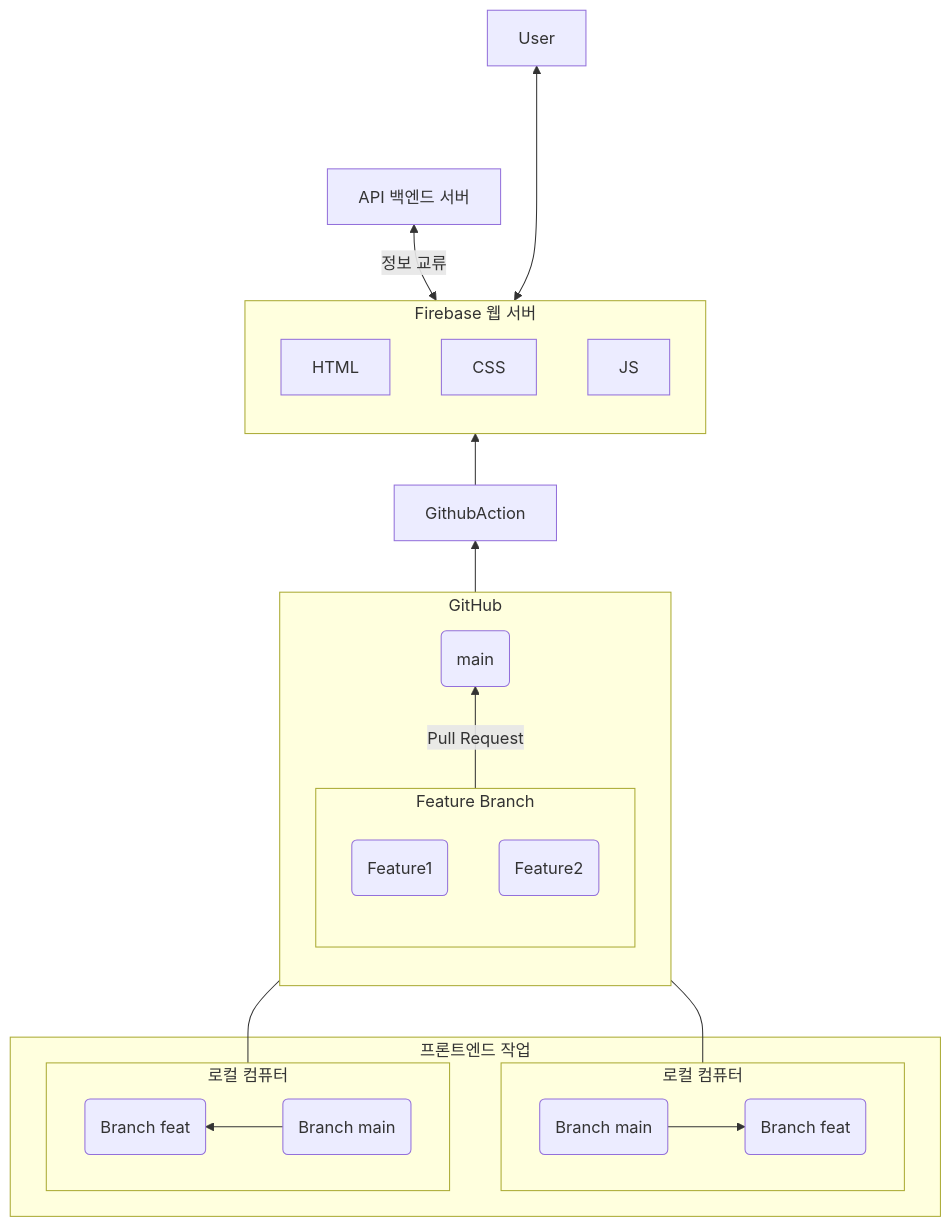
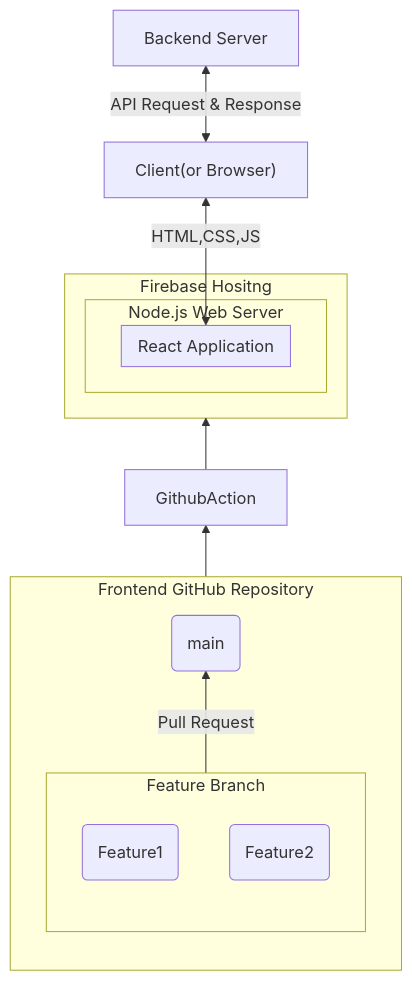
Before and after one commit to Team-LinkUp/.github: the first of 2 diagrams in profile/README.md, drawn with Mermaid. The commit also changed other lines of this file, not shown here.

````diff
--- a/profile/README.md
+++ b/profile/README.md
@@ -5,52 +5,34 @@
 ```mermaid
 flowchart BT
     
-subgraph Front ["프론트엔드 작업"]
-    subgraph Local1 ["로컬 컴퓨터"]
-        direction RL
-        Local-branch-main1("Branch main")
-        Local-branch-feat1("Branch feat")
 
-        Local-branch-main1 --> Local-branch-feat1
-    end
-    subgraph Local2 ["로컬 컴퓨터"]
-        direction LR
-        Local-branch-main2("Branch main")
-        Local-branch-feat2("Branch feat")
-
-        Local-branch-main2 --> Local-branch-feat2
-    end
-end
-
-    subgraph GitHubRepo ["GitHub"]
+    subgraph FrontGitHubRepo ["Frontend GitHub Repository"]
         direction BT
         subgraph feature ["Feature Branch"]
             Github-Branch-feat1("Feature1")
             Github-Branch-feat2("Feature2")
         end
 
         Github-Branch-main("main")
         feature -- Pull Request --> Github-Branch-main
     end
 
-Local1 --- feature
-Local2 --- feature
-
 GithubAction
 
 Github-Branch-main --> GithubAction
 
-subgraph Firebase ["Firebase 웹 서버"]
-    HTML
-    CSS
-    JS
+subgraph Firebase ["Firebase Hositng"]
+    subgraph Node.js ["Node.js Web Server"]
+        subgraph ReactApp ["React Application"]
+    
+    end
+end
 end
 
 GithubAction --> Firebase
 
-User
 
-Firebase <----> User
+ReactApp <-- HTML,CSS,JS --> User["Client(or Browser)"]
 
-Firebase <-- 정보 교류 --> Backend["API 백엔드 서버"]
+User <-- API Request & Response --> Backend["Backend Server"]
 ```
````
